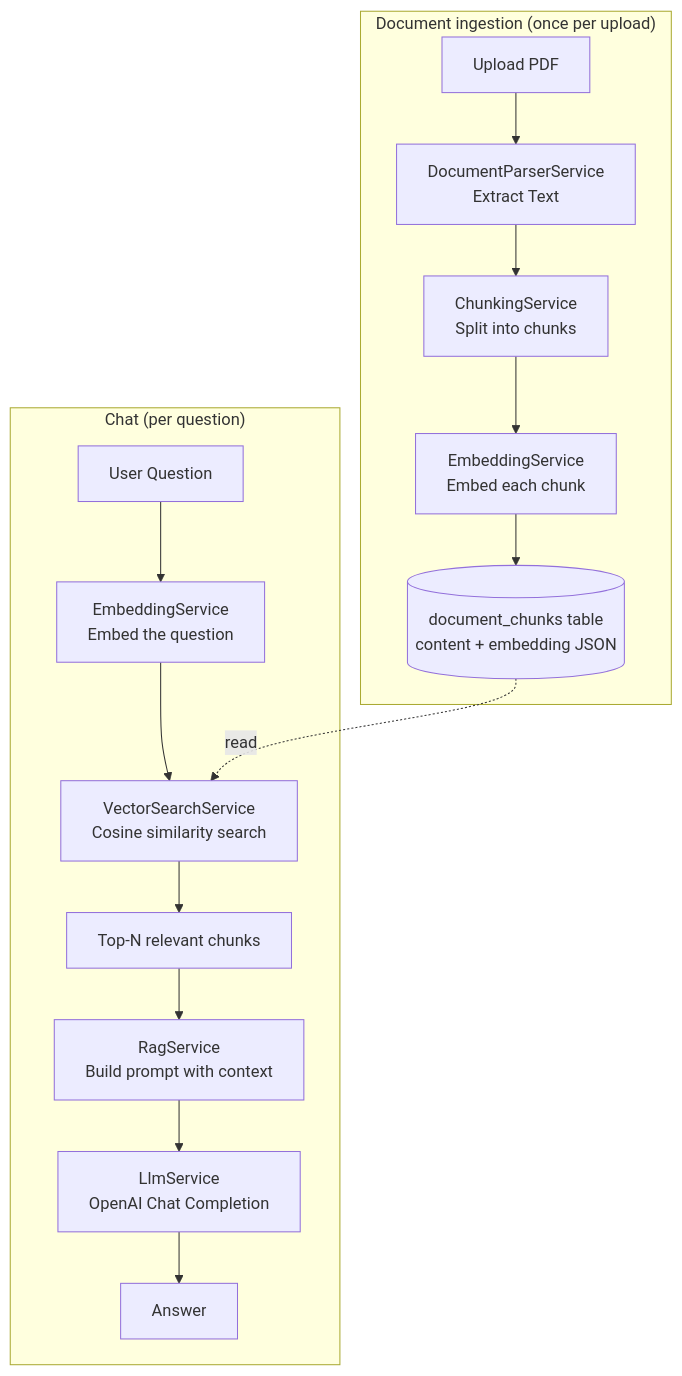
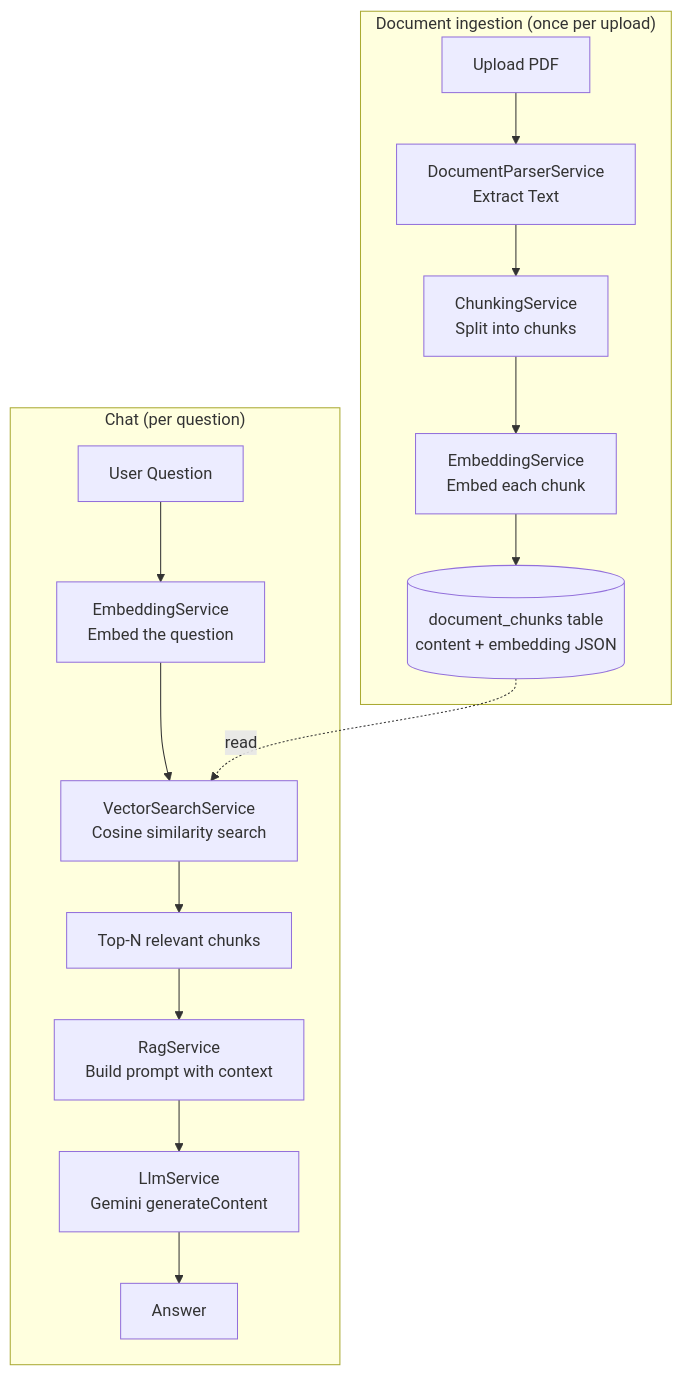
One commit to Nilesh-Bacancy/document-rag-chatbot changed the diagram in README.md. Above: the diagram before and after it, drawn with Mermaid. The commit also changed other lines of this file and 4 other files, not shown here.

First line of the commit message:
Switch embeddings/chat generation from OpenAI to Google Gemini

````diff
--- a/README.md
+++ b/README.md
@@ -39,19 +39,19 @@
 ```mermaid
 flowchart TD
     subgraph Ingestion["Document ingestion (once per upload)"]
         A[Upload PDF] --> B[DocumentParserService<br/>Extract Text]
         B --> C[ChunkingService<br/>Split into chunks]
         C --> D[EmbeddingService<br/>Embed each chunk]
         D --> E[(document_chunks table<br/>content + embedding JSON)]
     end
 
     subgraph Chat["Chat (per question)"]
         F[User Question] --> G[EmbeddingService<br/>Embed the question]
         G --> H[VectorSearchService<br/>Cosine similarity search]
         E -.read.-> H
         H --> I[Top-N relevant chunks]
         I --> J[RagService<br/>Build prompt with context]
-        J --> K[LlmService<br/>OpenAI Chat Completion]
+        J --> K[LlmService<br/>Gemini generateContent]
         K --> L[Answer]
     end
 ```
````
